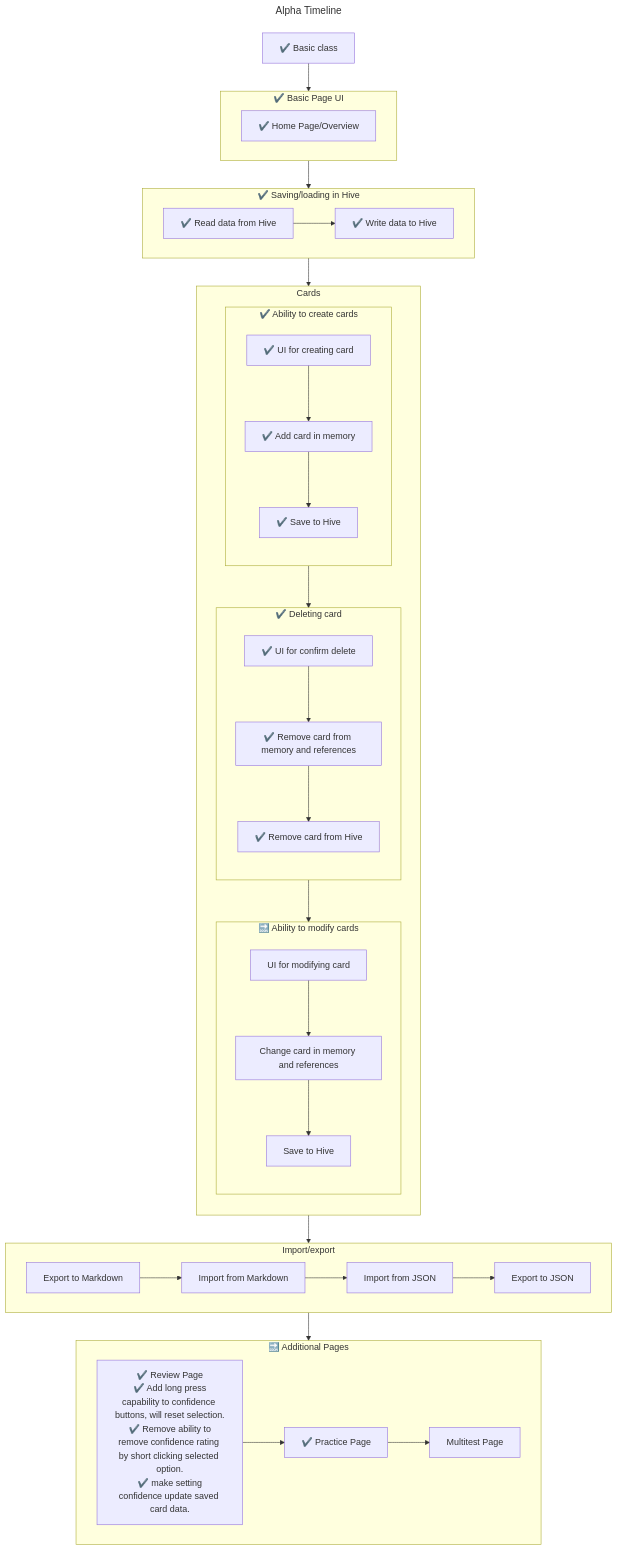
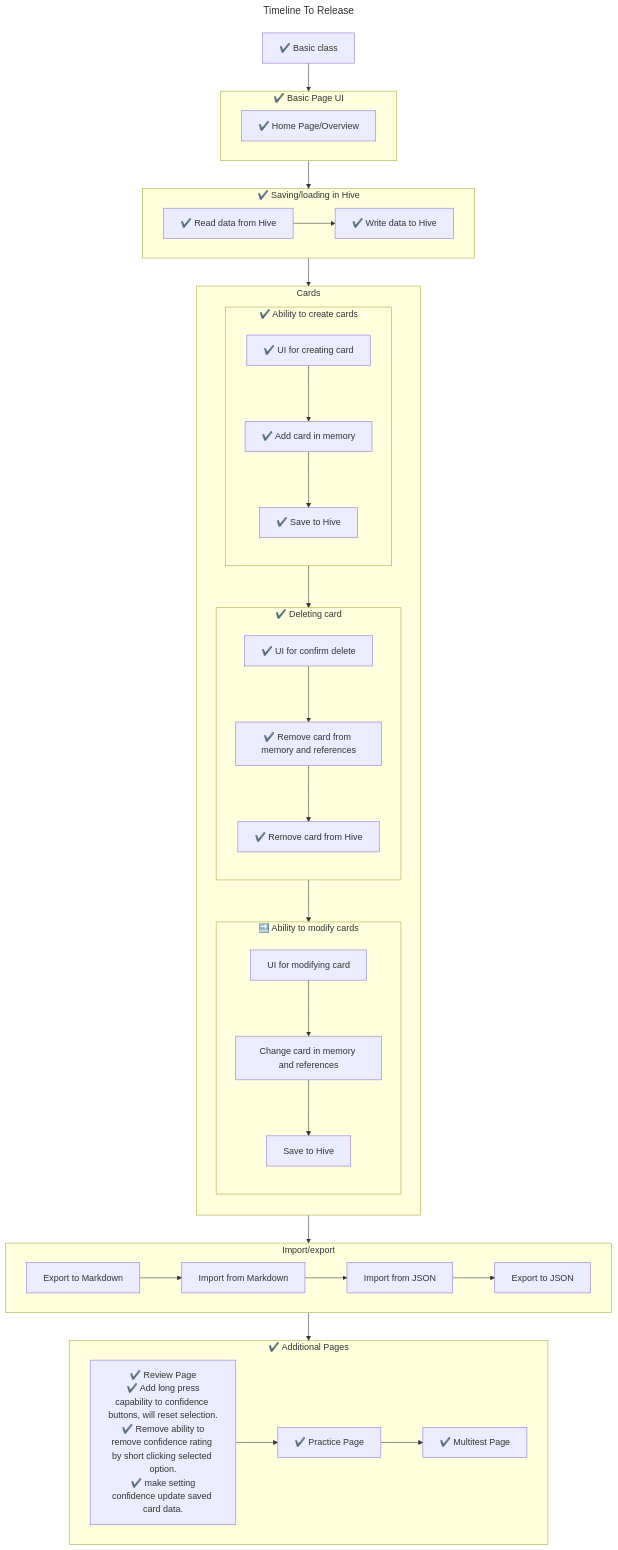
One commit to KittKat7/flashpaws changed the diagram in README.md. Above: the diagram before and after it, drawn with Mermaid. The commit also changed 8 other files, not shown here.

````diff
--- a/README.md
+++ b/README.md
@@ -6,52 +6,52 @@
 ```mermaid
 ---
-title: Alpha Timeline
+title: Timeline To Release
 ---
 flowchart TD
     a["✔️ Basic class"] --> basicPageUI
     subgraph basicPageUI["✔️ Basic Page UI"]
         b["✔️ Home Page/Overview"]
     end
     basicPageUI --> d
     subgraph d["✔️ Saving/loading in Hive"]
         d1["✔️ Read data from Hive"] --> d2
         d2["✔️ Write data to Hive"]
     end
     d --> cards
     subgraph cards[Cards]
         direction TB
         subgraph e["✔️ Ability to create cards"]
             direction TB
             e1["✔️ UI for creating card"] --> e2
             e2["✔️ Add card in memory"] --> e3
             e3["✔️ Save to Hive"]
         end
         e --> f
         subgraph f["✔️ Deleting card"]
             direction TB
             f1["✔️ UI for confirm delete"] --> f2
             f2["✔️ Remove card from memory and references"] --> f3
             f3["✔️ Remove card from Hive"]
         end
         f --> g
         subgraph g["🔜 Ability to modify cards"]
             direction TB
             g1[UI for modifying card] --> g2
             g2[Change card in memory and references] --> g3
             g3[Save to Hive]
         end
     end
     cards --> importexport
     subgraph importexport[Import/export]
         k["Export to Markdown"] --> l
         l["Import from Markdown"] --> importFromJson
         importFromJson["Import from JSON"] --> exportToJson
         exportToJson["Export to JSON"]
     end
     importexport --> additionalPageUI
-    subgraph additionalPageUI["🔜 Additional Pages"]
+    subgraph additionalPageUI["✔️ Additional Pages"]
         n["✔️ Review Page\n ✔️ Add long press capability to confidence buttons, will reset selection.\n ✔️ Remove ability to remove confidence rating by short clicking selected option.\n ✔️ make setting confidence update saved card data."] --> practicePage
         practicePage["✔️ Practice Page"] --> o
-        o["Multitest Page"]
+        o["✔️ Multitest Page"]
     end
 ```
````
